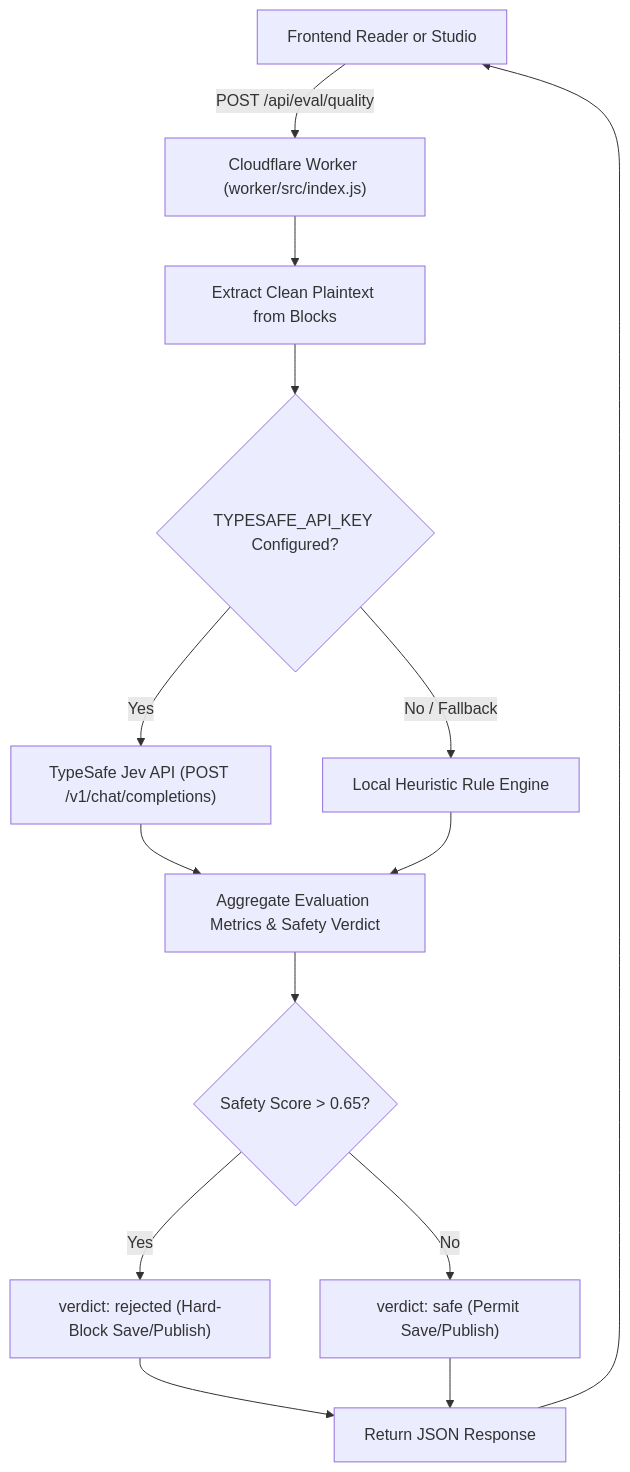
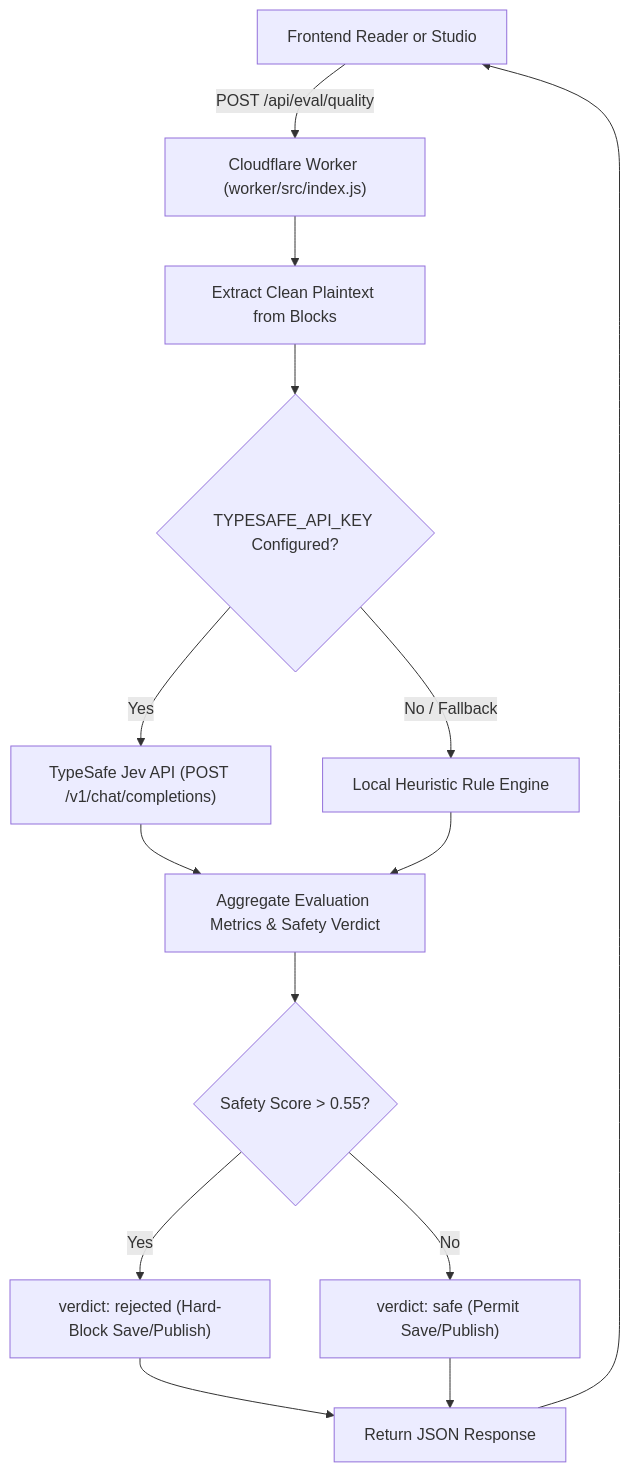
The diagram in docs/worker/quality-eval.mdx (AmritSDutta/kalidass), drawn with Mermaid before and after one commit. The commit also changed other lines of this file and 4 other files, not shown here.

````diff
--- a/docs/worker/quality-eval.mdx
+++ b/docs/worker/quality-eval.mdx
@@ -12,16 +12,16 @@
 ```mermaid
 flowchart TD
   Client["Frontend Reader or Studio"] -->|"POST /api/eval/quality"| Worker["Cloudflare Worker (worker/src/index.js)"]
   Worker --> Extract["Extract Clean Plaintext from Blocks"]
   Extract --> CheckKey{"TYPESAFE_API_KEY Configured?"}
   CheckKey -->|"Yes"| JevAPI["TypeSafe Jev API (POST /v1/chat/completions)"]
   CheckKey -->|"No / Fallback"| LocalEval["Local Heuristic Rule Engine"]
   JevAPI --> Aggregate["Aggregate Evaluation Metrics & Safety Verdict"]
   LocalEval --> Aggregate
-  Aggregate --> SafetyGate{"Safety Score > 0.65?"}
+  Aggregate --> SafetyGate{"Safety Score > 0.55?"}
   SafetyGate -->|"Yes"| Rejected["verdict: rejected (Hard-Block Save/Publish)"]
   SafetyGate -->|"No"| Safe["verdict: safe (Permit Save/Publish)"]
   Rejected --> JSONResp["Return JSON Response"]
   Safe --> JSONResp
   JSONResp --> Client
 ```
````
